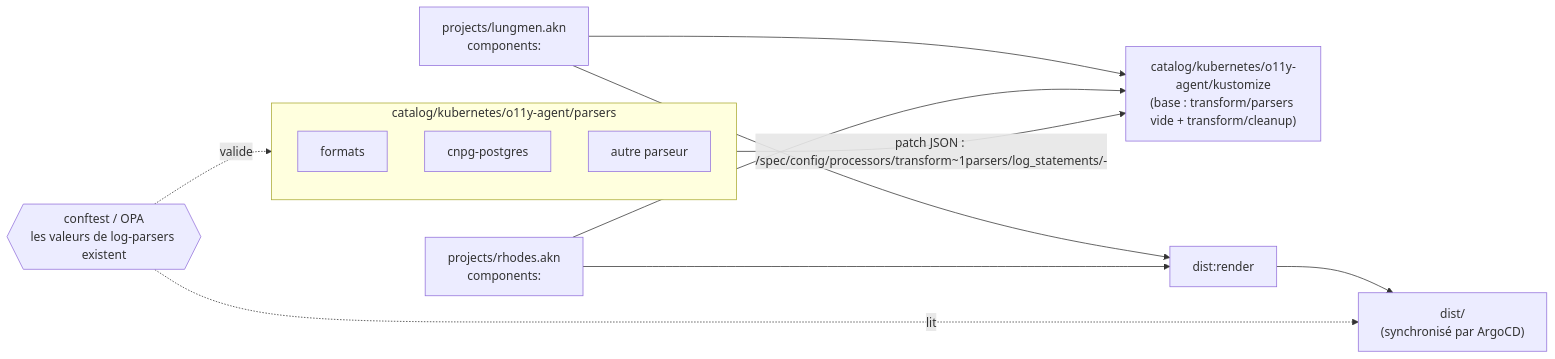
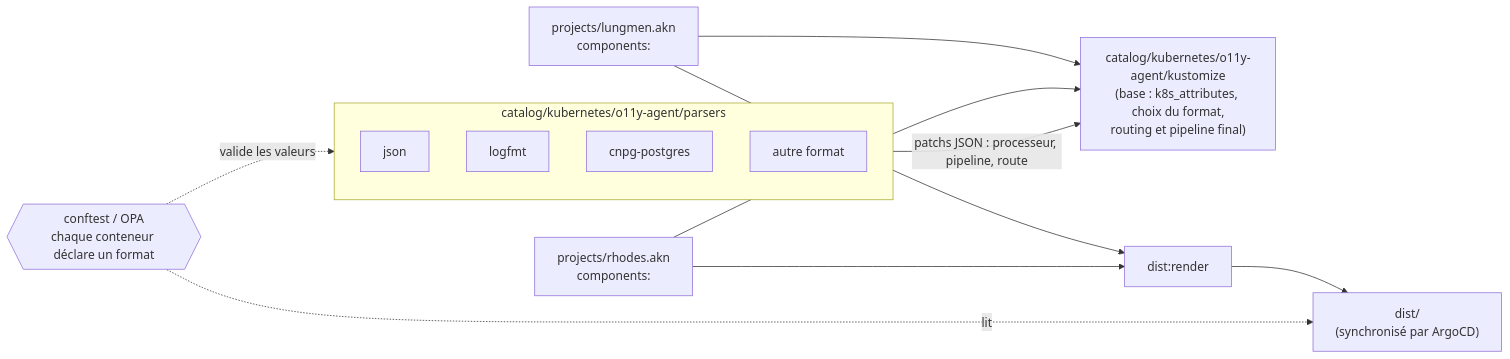
The third of 3 diagrams in docs/decisions/ADR-020-Parser-les-Logs-des-Pods-dans-l-Agent-OpenTelemetry-avec-une-Bibliotheque-de-Components-Kustomize.md (chezmoidotsh/arcane), drawn with Mermaid before and after one commit. The commit also changed other lines of this file, not shown here.

First line of the commit message:
@[gh]: Route pod logs by declared format in ADR-020

````diff
--- a/docs/decisions/ADR-020-Parser-les-Logs-des-Pods-dans-l-Agent-OpenTelemetry-avec-une-Bibliotheque-de-Components-Kustomize.md
+++ b/docs/decisions/ADR-020-Parser-les-Logs-des-Pods-dans-l-Agent-OpenTelemetry-avec-une-Bibliotheque-de-Components-Kustomize.md
@@ -242,16 +323,17 @@
 ```mermaid
 flowchart LR
-  base["catalog/kubernetes/o11y-agent/kustomize<br/>(base : transform/parsers vide + transform/cleanup)"]
+  base["catalog/kubernetes/o11y-agent/kustomize<br/>(base : k8s_attributes, choix du format,<br/>routing et pipeline final)"]
   subgraph lib["catalog/kubernetes/o11y-agent/parsers"]
-    formats["formats"]
+    json["json"]
+    logfmt["logfmt"]
     cnpg["cnpg-postgres"]
-    other["autre parseur"]
+    other["autre format"]
   end
-  lib -- "patch JSON : /spec/config/processors/transform~1parsers/log_statements/-" --> base
+  lib -- "patchs JSON : processeur, pipeline, route" --> base
   lungmen["projects/lungmen.akn<br/>components:"] --> base
   rhodes["projects/rhodes.akn<br/>components:"] --> base
   lungmen & rhodes --> render["dist:render"]
   render --> dist["dist/<br/>(synchronisé par ArgoCD)"]
-  opa{{"conftest / OPA<br/>les valeurs de log-parsers existent"}} -. valide .-> lib
-  opa -. lit .-> dist
+  opa{{"conftest / OPA<br/>chaque conteneur déclare un format"}} -. lit .-> dist
+  opa -. valide les valeurs .-> lib
 ```
````
